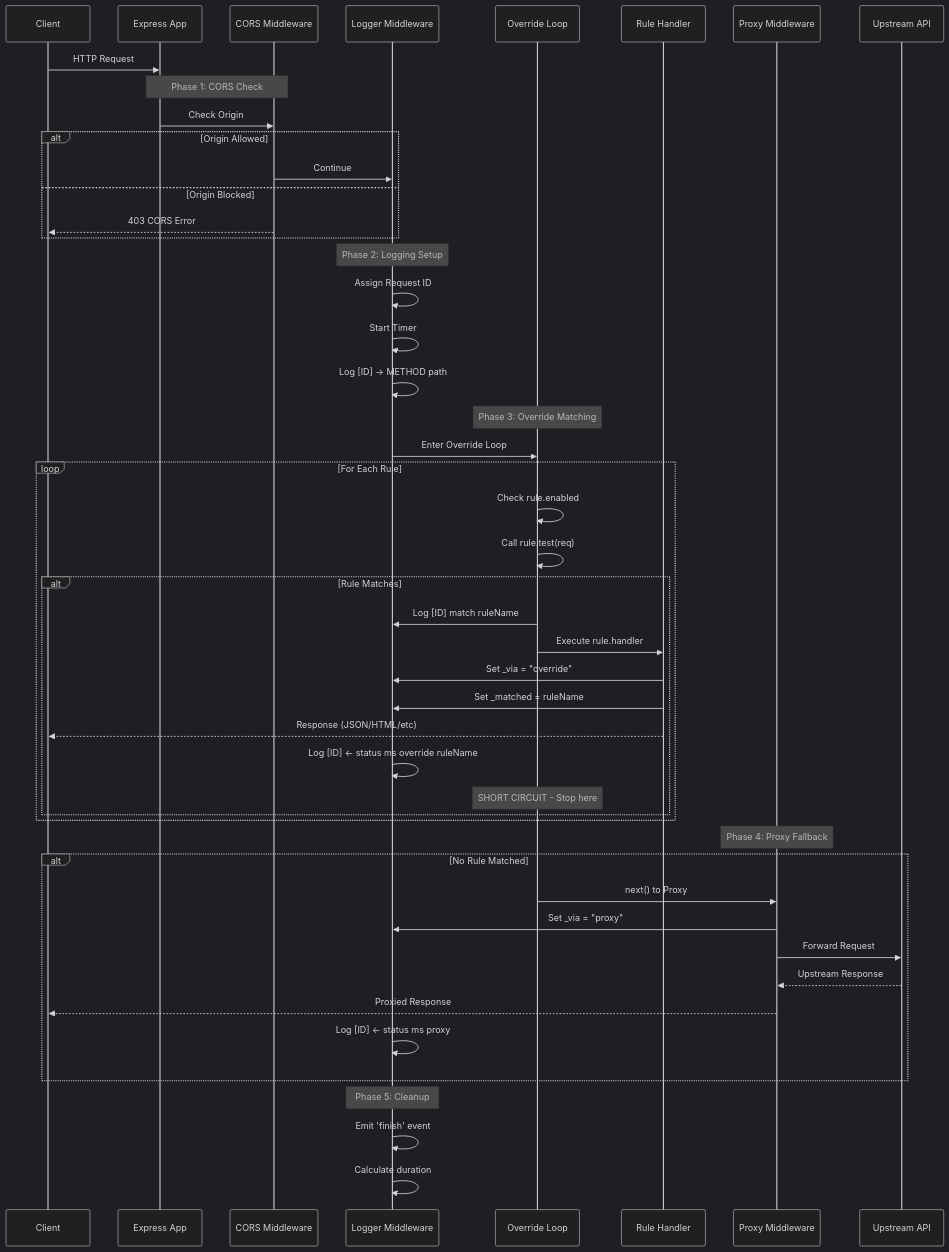
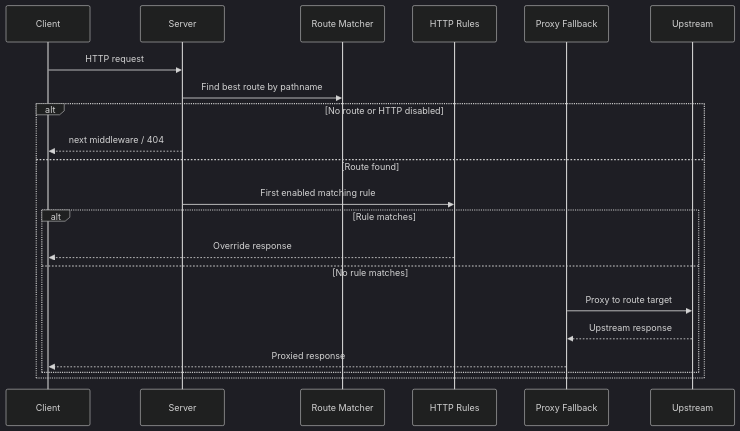
One commit to crescendolab-open/override-proxy changed the second of 3 diagrams in docs/ARCHITECTURE.md. Above: the diagram before and after it, drawn with Mermaid (dark theme). The commit also changed other lines of this file and 44 other files, not shown here.

````diff
--- a/docs/ARCHITECTURE.md
+++ b/docs/ARCHITECTURE.md
@@ -44,56 +48,24 @@
 ```mermaid
 sequenceDiagram
-    participant C as Client
-    participant E as Express App
-    participant CORS as CORS Middleware
-    participant Log as Logger Middleware
-    participant O as Override Loop
-    participant R as Rule Handler
-    participant P as Proxy Middleware
-    participant U as Upstream API
+  participant C as Client
+  participant S as Server
+  participant R as Route Matcher
+  participant L as HTTP Rules
+  participant P as Proxy Fallback
+  participant U as Upstream
 
-    C->>E: HTTP Request
-
-    Note over E,CORS: Phase 1: CORS Check
-    E->>CORS: Check Origin
-    alt Origin Allowed
-        CORS->>Log: Continue
-    else Origin Blocked
-        CORS-->>C: 403 CORS Error
+  C->>S: HTTP request
+  S->>R: Find best route by pathname
+  alt No route or HTTP disabled
+    S-->>C: next middleware / 404
+  else Route found
+    S->>L: First enabled matching rule
+    alt Rule matches
+      L-->>C: Override response
+    else No rule matches
+      P->>U: Proxy to route target
+      U-->>P: Upstream response
+      P-->>C: Proxied response
     end
-
-    Note over Log: Phase 2: Logging Setup
-    Log->>Log: Assign Request ID
-    Log->>Log: Start Timer
-    Log->>Log: Log [ID] -> METHOD path
-
-    Note over O: Phase 3: Override Matching
-    Log->>O: Enter Override Loop
-    loop For Each Rule
-        O->>O: Check rule.enabled
-        O->>O: Call rule.test(req)
-        alt Rule Matches
-            O->>Log: Log [ID] match ruleName
-            O->>R: Execute rule.handler
-            R->>Log: Set _via = "override"
-            R->>Log: Set _matched = ruleName
-            R-->>C: Response (JSON/HTML/etc)
-            Log->>Log: Log [ID] <- status ms override ruleName
-            Note over O: SHORT CIRCUIT - Stop here
-        end
-    end
-
-    Note over P: Phase 4: Proxy Fallback
-    alt No Rule Matched
-        O->>P: next() to Proxy
-        P->>Log: Set _via = "proxy"
-        P->>U: Forward Request
-        U-->>P: Upstream Response
-        P-->>C: Proxied Response
-        Log->>Log: Log [ID] <- status ms proxy
-    end
-
-    Note over Log: Phase 5: Cleanup
-    Log->>Log: Emit 'finish' event
-    Log->>Log: Calculate duration
+  end
 ```
````
